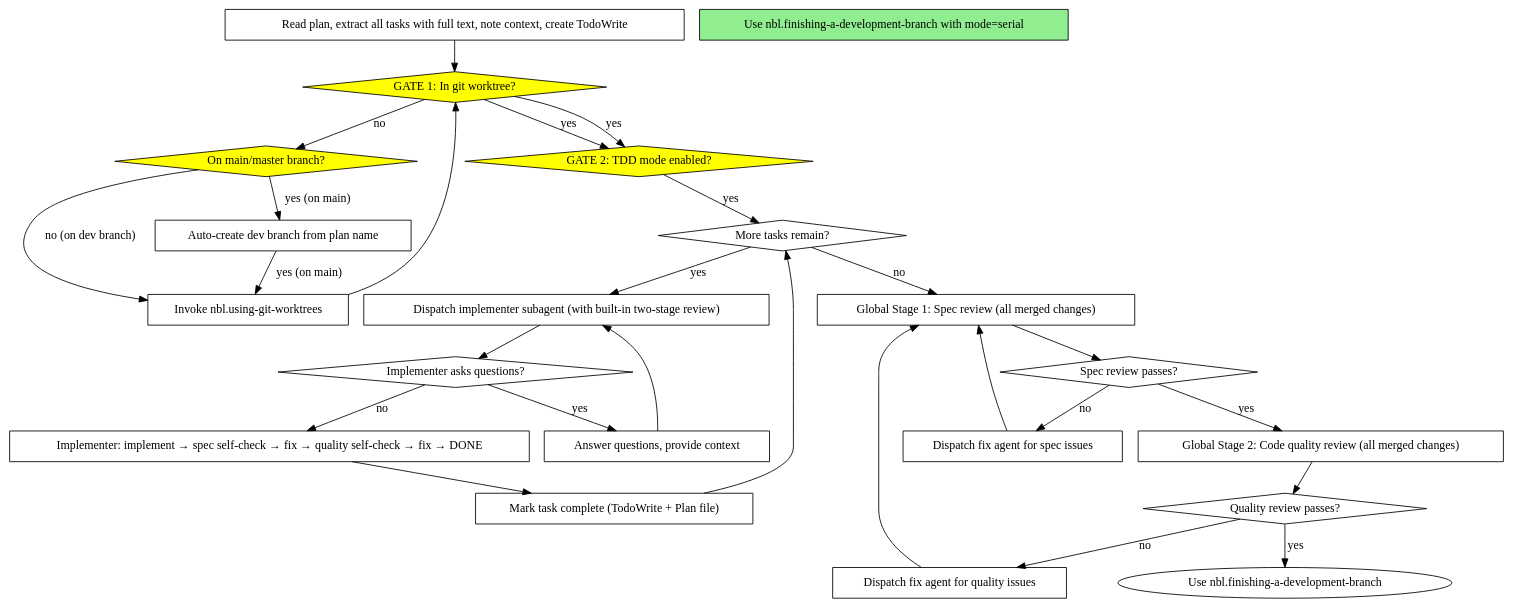
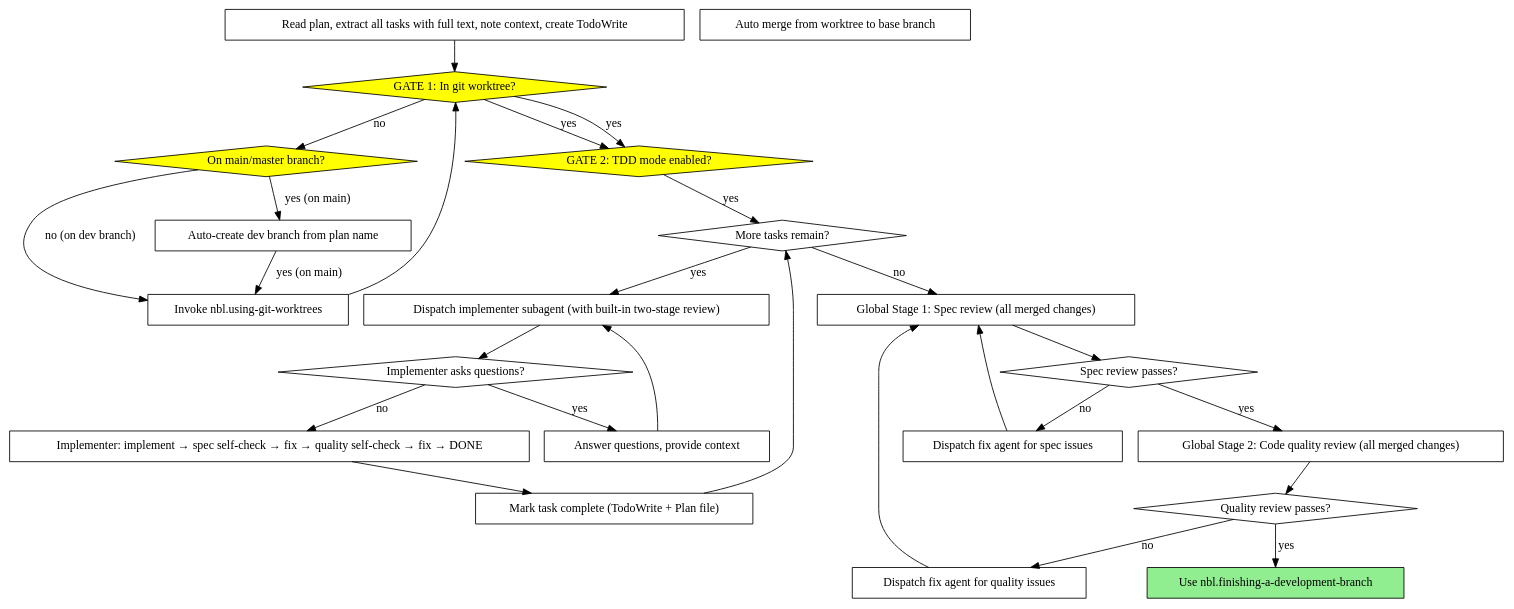
The second of 2 diagrams in skills/nbl.subagent-driven-development/SKILL.md (icefrag/guozhi-claude-code), drawn with Graphviz before and after one commit. The commit also changed other lines of this file, not shown here.

Commit message:
refactor: merge before entering finishing, follow unified flow

````diff
--- a/skills/nbl.subagent-driven-development/SKILL.md
+++ b/skills/nbl.subagent-driven-development/SKILL.md
@@ -68,50 +68,51 @@
 ```dot
 digraph process {
     rankdir=TB;
 
     "Read plan, extract all tasks with full text, note context, create TodoWrite" [shape=box];
     "GATE 1: In git worktree?" [shape=diamond style=filled fillcolor=yellow];
     "On main/master branch?" [shape=diamond style=filled fillcolor=yellow];
     "Auto-create dev branch from plan name" [shape=box];
     "Invoke nbl.using-git-worktrees" [shape=box];
     "GATE 2: TDD mode enabled?" [shape=diamond style=filled fillcolor=yellow];
     "More tasks remain?" [shape=diamond];
     "Dispatch implementer subagent (with built-in two-stage review)" [shape=box];
     "Implementer asks questions?" [shape=diamond];
     "Answer questions, provide context" [shape=box];
     "Implementer: implement → spec self-check → fix → quality self-check → fix → DONE" [shape=box];
     "Mark task complete (TodoWrite + Plan file)" [shape=box];
     "Global Stage 1: Spec review (all merged changes)" [shape=box];
     "Spec review passes?" [shape=diamond];
     "Dispatch fix agent for spec issues" [shape=box];
     "Global Stage 2: Code quality review (all merged changes)" [shape=box];
     "Quality review passes?" [shape=diamond];
     "Dispatch fix agent for quality issues" [shape=box];
-    "Use nbl.finishing-a-development-branch with mode=serial" [shape=box style=filled fillcolor=lightgreen];
+    "Auto merge from worktree to base branch" [shape=box];
+    "Use nbl.finishing-a-development-branch" [shape=box style=filled fillcolor=lightgreen];
 
     "Read plan, extract all tasks with full text, note context, create TodoWrite" -> "GATE 1: In git worktree?";
     "GATE 1: In git worktree?" -> "GATE 2: TDD mode enabled?" [label="yes"];
     "GATE 1: In git worktree?" -> "On main/master branch?" [label="no"];
     "On main/master branch?" -> "Invoke nbl.using-git-worktrees" [label="no (on dev branch)"];
     "On main/master branch?" -> "Auto-create dev branch from plan name" -> "Invoke nbl.using-git-worktrees" [label="yes (on main)"];
     "Invoke nbl.using-git-worktrees" -> "GATE 1: In git worktree?";
     "GATE 1: In git worktree?" -> "GATE 2: TDD mode enabled?" [label="yes"];
     "GATE 2: TDD mode enabled?" -> "More tasks remain?" [label="yes"];
     "More tasks remain?" -> "Dispatch implementer subagent (with built-in two-stage review)" [label="yes"];
     "Dispatch implementer subagent (with built-in two-stage review)" -> "Implementer asks questions?";
     "Implementer asks questions?" -> "Answer questions, provide context" [label="yes"];
     "Answer questions, provide context" -> "Dispatch implementer subagent (with built-in two-stage review)";
     "Implementer asks questions?" -> "Implementer: implement → spec self-check → fix → quality self-check → fix → DONE" [label="no"];
     "Implementer: implement → spec self-check → fix → quality self-check → fix → DONE" -> "Mark task complete (TodoWrite + Plan file)";
     "Mark task complete (TodoWrite + Plan file)" -> "More tasks remain?";
     "More tasks remain?" -> "Global Stage 1: Spec review (all merged changes)" [label="no"];
     "Global Stage 1: Spec review (all merged changes)" -> "Spec review passes?";
     "Spec review passes?" -> "Dispatch fix agent for spec issues" [label="no"];
     "Dispatch fix agent for spec issues" -> "Global Stage 1: Spec review (all merged changes)";
     "Spec review passes?" -> "Global Stage 2: Code quality review (all merged changes)" [label="yes"];
     "Global Stage 2: Code quality review (all merged changes)" -> "Quality review passes?";
     "Quality review passes?" -> "Dispatch fix agent for quality issues" [label="no"];
     "Dispatch fix agent for quality issues" -> "Global Stage 1: Spec review (all merged changes)";
     "Quality review passes?" -> "Use nbl.finishing-a-development-branch" [label="yes"];
 }
 ```
````
